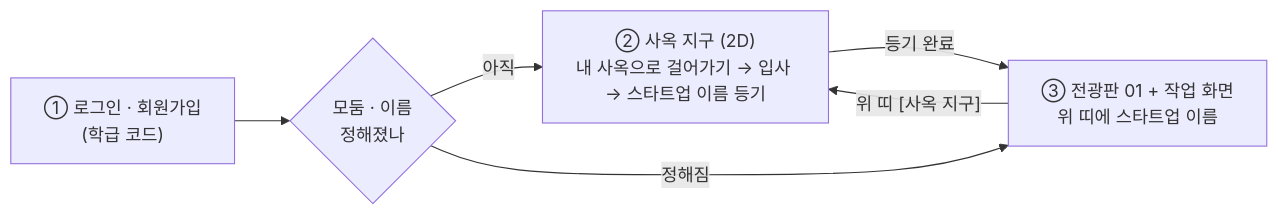
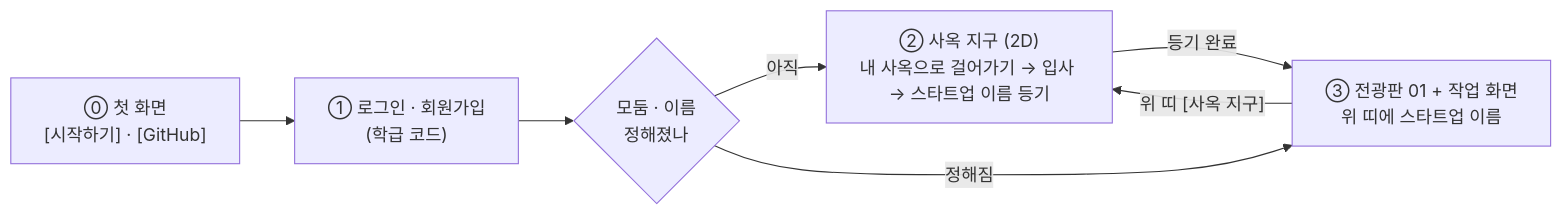
One commit to mulkib0/crista-web changed the first of 2 diagrams in docs/2026-10-23-crista-web-design.md. Above: the diagram before and after it, drawn with Mermaid. The commit also changed other lines of this file and 6 other files, not shown here.

First line of the commit message:
feat(web): 첫 화면 — 히어로 20.02 '박막 무지개' · 시작하기 · GitHub

````diff
--- a/docs/2026-10-23-crista-web-design.md
+++ b/docs/2026-10-23-crista-web-design.md
@@ -62,8 +62,9 @@
 ```mermaid
 flowchart LR
+    S["⓪ 첫 화면<br/>[시작하기] · [GitHub]"] --> L
     L["① 로그인 · 회원가입<br/>(학급 코드)"] --> C{"모둠 · 이름<br/>정해졌나"}
     C -- "아직" --> H["② 사옥 지구 (2D)<br/>내 사옥으로 걸어가기 → 입사 → 스타트업 이름 등기"]
     H -- "등기 완료" --> M["③ 전광판 01 + 작업 화면<br/>위 띠에 스타트업 이름"]
     C -- "정해짐" --> M
     M -- "위 띠 [사옥 지구]" --> H
 ```
````
